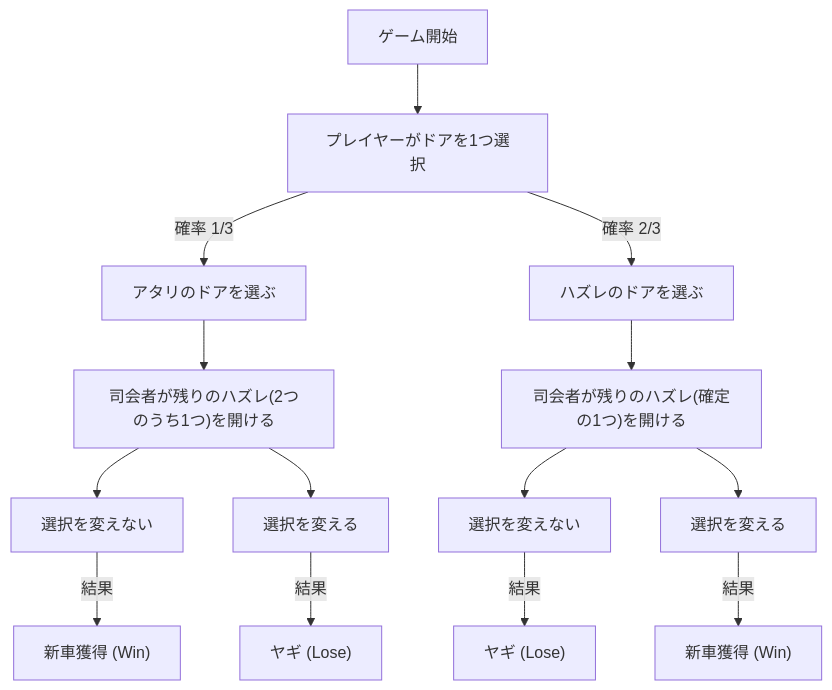
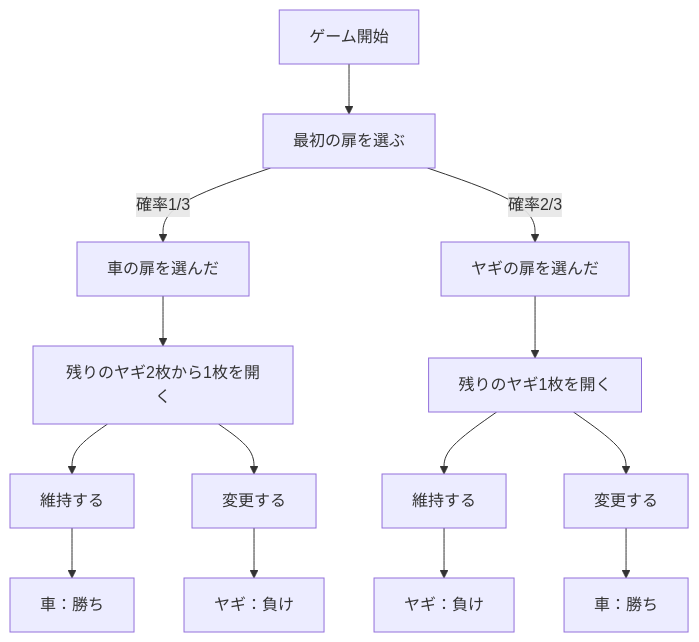
One commit to kenjinote/blog changed the first of 2 diagrams in content/post/paradox-monty-hall-problem/index.md. Above: the diagram before and after it, drawn with Mermaid. The commit also changed other lines of this file and 10 other files, not shown here.

````diff
--- a/content/post/paradox-monty-hall-problem/index.md
+++ b/content/post/paradox-monty-hall-problem/index.md
@@ -97,21 +53,16 @@
 ```mermaid
 flowchart TD
-    Start["ゲーム開始"] --> Choose["プレイヤーがドアを1つ選択"]
-    Choose -- "確率 1/3" --> ChooseCar["アタリのドアを選ぶ"]
-    Choose -- "確率 2/3" --> ChooseGoat["ハズレのドアを選ぶ"]
-    
-    ChooseCar --> MontyOpensGoat1["司会者が残りのハズレ(2つのうち1つ)を開ける"]
-    ChooseGoat --> MontyOpensGoat2["司会者が残りのハズレ(確定の1つ)を開ける"]
-    
-    MontyOpensGoat1 --> Stay1["選択を変えない"]
-    MontyOpensGoat1 --> Switch1["選択を変える"]
-    
-    MontyOpensGoat2 --> Stay2["選択を変えない"]
-    MontyOpensGoat2 --> Switch2["選択を変える"]
-    
-    Stay1 -- "結果" --> Win1["新車獲得 (Win)"]
-    Switch1 -- "結果" --> Lose1["ヤギ (Lose)"]
-    
-    Stay2 -- "結果" --> Lose2["ヤギ (Lose)"]
-    Switch2 -- "結果" --> Win2["新車獲得 (Win)"]
+    Start["ゲーム開始"] --> Choose["最初の扉を選ぶ"]
+    Choose -- "確率1/3" --> ChooseCar["車の扉を選んだ"]
+    Choose -- "確率2/3" --> ChooseGoat["ヤギの扉を選んだ"]
+    ChooseCar --> MontyOpensGoat1["残りのヤギ2枚から1枚を開く"]
+    ChooseGoat --> MontyOpensGoat2["残りのヤギ1枚を開く"]
+    MontyOpensGoat1 --> Stay1["維持する"]
+    MontyOpensGoat1 --> Switch1["変更する"]
+    MontyOpensGoat2 --> Stay2["維持する"]
+    MontyOpensGoat2 --> Switch2["変更する"]
+    Stay1 --> Win1["車：勝ち"]
+    Switch1 --> Lose1["ヤギ：負け"]
+    Stay2 --> Lose2["ヤギ：負け"]
+    Switch2 --> Win2["車：勝ち"]
 ```
````
